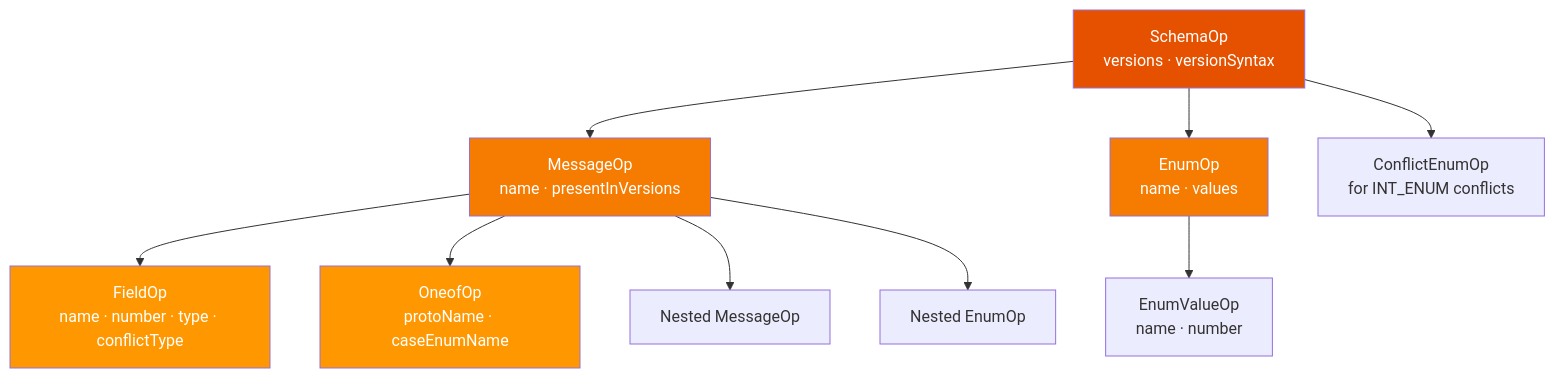
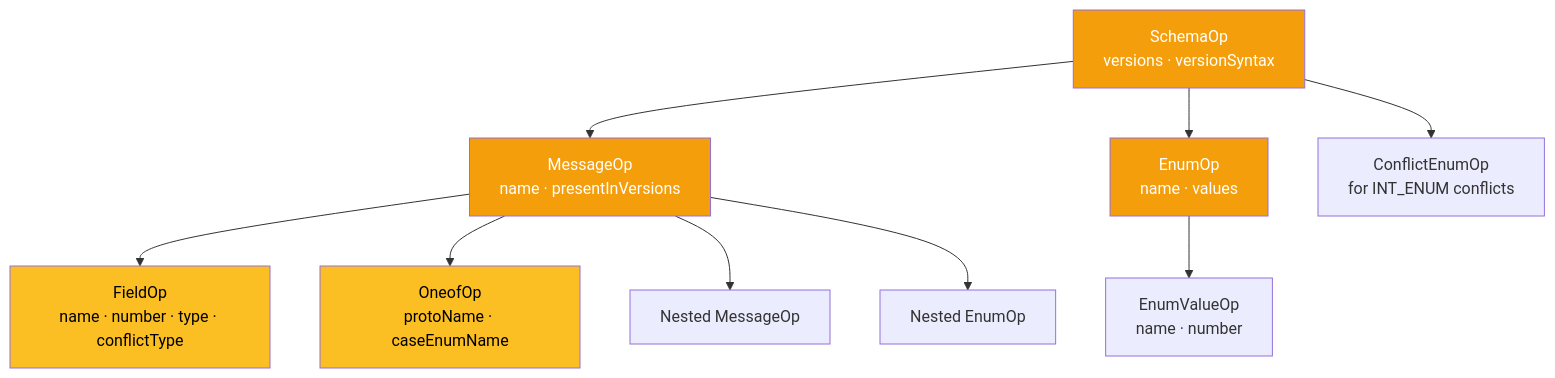
One commit to alnovis/ircraft changed the eighth of 12 diagrams in docs/ARCHITECTURE.md. Above: the diagram before and after it, drawn with Mermaid. The commit also changed other lines of this file and 53 other files, not shown here.

First line of the commit message:
refactor(core): two-level Operation architecture with regions as source of truth

````diff
--- a/docs/ARCHITECTURE.md
+++ b/docs/ARCHITECTURE.md
@@ -96,17 +290,17 @@
 ```mermaid
 flowchart TB
     S["SchemaOp\nversions · versionSyntax"] --> M["MessageOp\nname · presentInVersions"]
     S --> E["EnumOp\nname · values"]
     S --> CE["ConflictEnumOp\nfor INT_ENUM conflicts"]
     M --> F["FieldOp\nname · number · type · conflictType"]
     M --> O["OneofOp\nprotoName · caseEnumName"]
     M --> NM["Nested MessageOp"]
     M --> NE["Nested EnumOp"]
     E --> EV["EnumValueOp\nname · number"]
 
-    style S fill:#e65100,color:#fff
-    style M fill:#f57c00,color:#fff
-    style F fill:#ff9800,color:#fff
-    style E fill:#f57c00,color:#fff
-    style O fill:#ff9800,color:#fff
+    style S fill:#f59e0b,color:#fff
+    style M fill:#f59e0b,color:#fff
+    style F fill:#fbbf24,color:#000
+    style E fill:#f59e0b,color:#fff
+    style O fill:#fbbf24,color:#000
 ```
````
